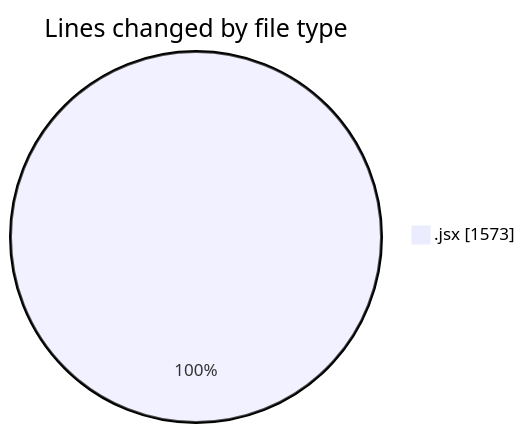
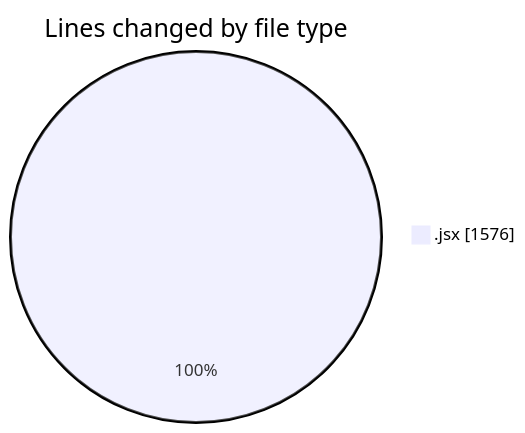
One commit to nxtqubesakshisongat/code-tracking changed the first of 2 diagrams in 2025-08-01/nxtqube_webapp/README.md. Above: the diagram before and after it, drawn with Mermaid. The commit also changed other lines of this file and 1 other file, not shown here.

````diff
--- a/2025-08-01/nxtqube_webapp/README.md
+++ b/2025-08-01/nxtqube_webapp/README.md
@@ -24,5 +24,5 @@
 ```mermaid
 pie showData
 title Lines changed by file type
-".jsx" : 1573
+".jsx" : 1576
 ```
````
